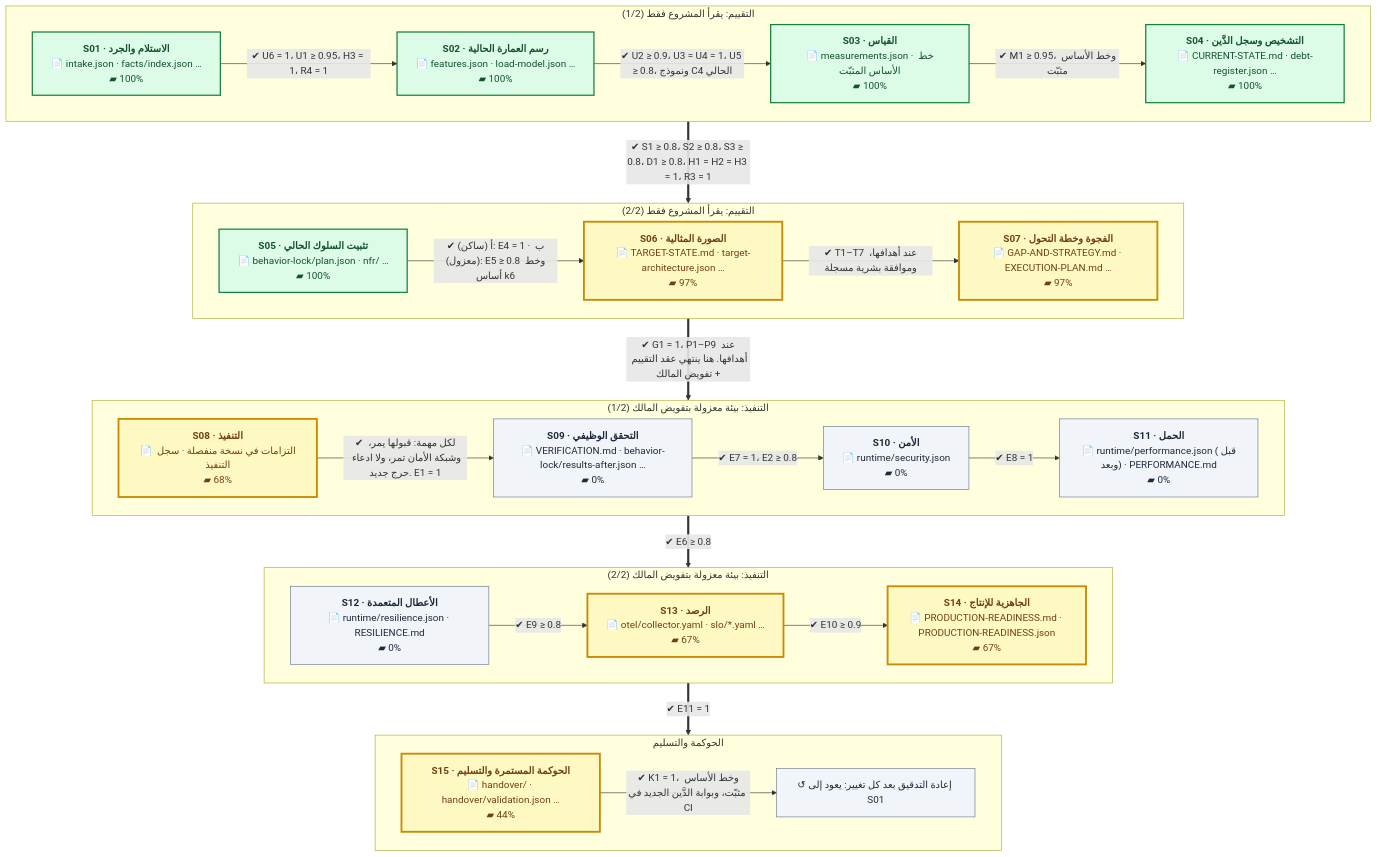
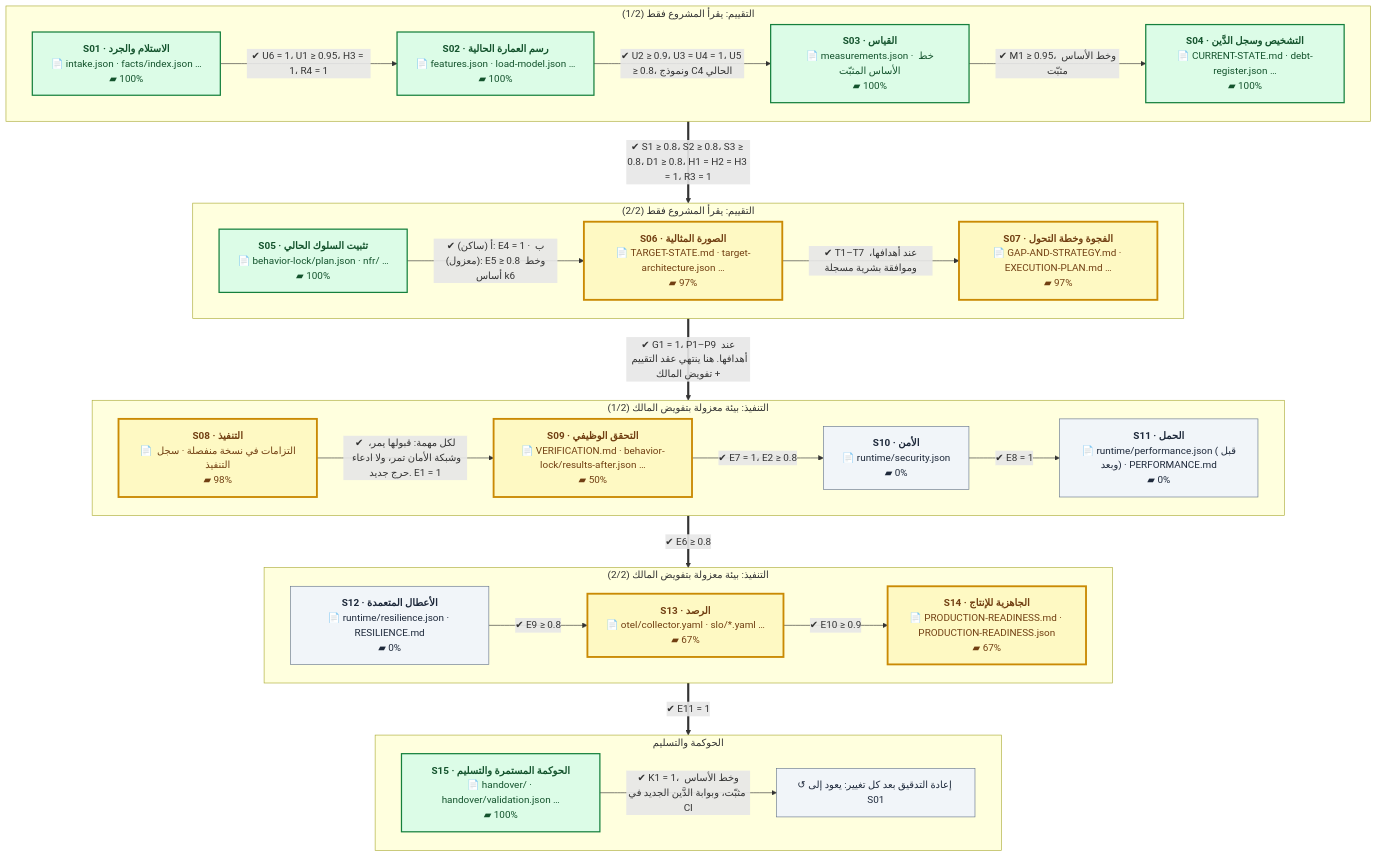
Before and after one commit to eom1417/engineering-audit-os: the first of 2 diagrams in README.md, drawn with Mermaid. The commit also changed other lines of this file and 3 other files, not shown here.

````diff
--- a/README.md
+++ b/README.md
@@ -52,54 +52,54 @@
 ```mermaid
 %%{init: {'flowchart': {'wrappingWidth': 260, 'nodeSpacing': 40, 'rankSpacing': 60}}}%%
 flowchart TB
     subgraph P1["التقييم: يقرأ المشروع فقط (1/2)"]
         direction LR
         S01["<b>S01 · الاستلام والجرد</b><br/>📄 intake.json · facts/index.json …<br/>▰ 100%"]:::done
         S02["<b>S02 · رسم العمارة الحالية</b><br/>📄 features.json · load-model.json …<br/>▰ 100%"]:::done
         S03["<b>S03 · القياس</b><br/>📄 measurements.json · خط الأساس المثبّت<br/>▰ 100%"]:::done
         S04["<b>S04 · التشخيص وسجل الدَّين</b><br/>📄 CURRENT-STATE.md · debt-register.json …<br/>▰ 100%"]:::done
         S01 -->|"✔ U6 = 1، U1 ≥ 0.95، H3 = 1، R4 = 1"| S02
         S02 -->|"✔ U2 ≥ 0.9، U3 = U4 = 1، U5 ≥ 0.8، ونموذج C4 الحالي"| S03
         S03 -->|"✔ M1 ≥ 0.95، وخط الأساس مثبّت"| S04
     end
     subgraph P2["التقييم: يقرأ المشروع فقط (2/2)"]
         direction LR
         S05["<b>S05 · تثبيت السلوك الحالي</b><br/>📄 behavior-lock/plan.json · nfr/ …<br/>▰ 100%"]:::done
         S06["<b>S06 · الصورة المثالية</b><br/>📄 TARGET-STATE.md · target-architecture.json …<br/>▰ 97%"]:::current
         S07["<b>S07 · الفجوة وخطة التحول</b><br/>📄 GAP-AND-STRATEGY.md · EXECUTION-PLAN.md …<br/>▰ 97%"]:::current
         S05 -->|"✔ أ (ساكن): E4 = 1 · ب (معزول): E5 ≥ 0.8 وخط أساس k6"| S06
         S06 -->|"✔ T1–T7 عند أهدافها، وموافقة بشرية مسجلة"| S07
     end
     subgraph P3["التنفيذ: بيئة معزولة بتفويض المالك (1/2)"]
         direction LR
-        S08["<b>S08 · التنفيذ</b><br/>📄 التزامات في نسخة منفصلة · سجل التنفيذ<br/>▰ 68%"]:::current
-        S09["<b>S09 · التحقق الوظيفي</b><br/>📄 VERIFICATION.md · behavior-lock/results-after.json …<br/>▰ 0%"]:::next
+        S08["<b>S08 · التنفيذ</b><br/>📄 التزامات في نسخة منفصلة · سجل التنفيذ<br/>▰ 98%"]:::current
+        S09["<b>S09 · التحقق الوظيفي</b><br/>📄 VERIFICATION.md · behavior-lock/results-after.json …<br/>▰ 50%"]:::current
         S10["<b>S10 · الأمن</b><br/>📄 runtime/security.json<br/>▰ 0%"]:::next
         S11["<b>S11 · الحمل</b><br/>📄 runtime/performance.json (قبل وبعد) · PERFORMANCE.md<br/>▰ 0%"]:::next
         S08 -->|"✔ لكل مهمة: قبولها يمر، وشبكة الأمان تمر، ولا ادعاء حرج جديد. E1 = 1"| S09
         S09 -->|"✔ E7 = 1، E2 ≥ 0.8"| S10
         S10 -->|"✔ E8 = 1"| S11
     end
     subgraph P4["التنفيذ: بيئة معزولة بتفويض المالك (2/2)"]
         direction LR
         S12["<b>S12 · الأعطال المتعمدة</b><br/>📄 runtime/resilience.json · RESILIENCE.md<br/>▰ 0%"]:::next
         S13["<b>S13 · الرصد</b><br/>📄 otel/collector.yaml · slo/*.yaml …<br/>▰ 67%"]:::current
         S14["<b>S14 · الجاهزية للإنتاج</b><br/>📄 PRODUCTION-READINESS.md · PRODUCTION-READINESS.json<br/>▰ 67%"]:::current
         S12 -->|"✔ E9 ≥ 0.8"| S13
         S13 -->|"✔ E10 ≥ 0.9"| S14
     end
     subgraph P5["الحوكمة والتسليم"]
         direction LR
-        S15["<b>S15 · الحوكمة المستمرة والتسليم</b><br/>📄 handover/ · handover/validation.json …<br/>▰ 44%"]:::current
+        S15["<b>S15 · الحوكمة المستمرة والتسليم</b><br/>📄 handover/ · handover/validation.json …<br/>▰ 100%"]:::done
         LOOP["↺ إعادة التدقيق بعد كل تغيير: يعود إلى S01"]:::next
         S15 -->|"✔ K1 = 1، وخط الأساس مثبّت، وبوابة الدَّين الجديد في CI"| LOOP
     end
     P1 ==>|"✔ S1 ≥ 0.8، S2 ≥ 0.8، S3 ≥ 0.8، D1 ≥ 0.8، H1 = H2 = H3 = 1، R3 = 1"| P2
     P2 ==>|"✔ G1 = 1، P1–P9 عند أهدافها. هنا ينتهي عقد التقييم + تفويض المالك"| P3
     P3 ==>|"✔ E6 ≥ 0.8"| P4
     P4 ==>|"✔ E11 = 1"| P5
     classDef done fill:#dcfce7,stroke:#15803d,color:#14532d,stroke-width:2px
     classDef current fill:#fef9c3,stroke:#ca8a04,color:#713f12,stroke-width:3px
     classDef next fill:#f1f5f9,stroke:#64748b,color:#1e293b
     classDef owner fill:#fee2e2,stroke:#b91c1c,color:#7f1d1d,stroke-dasharray:5 3
 ```
````
